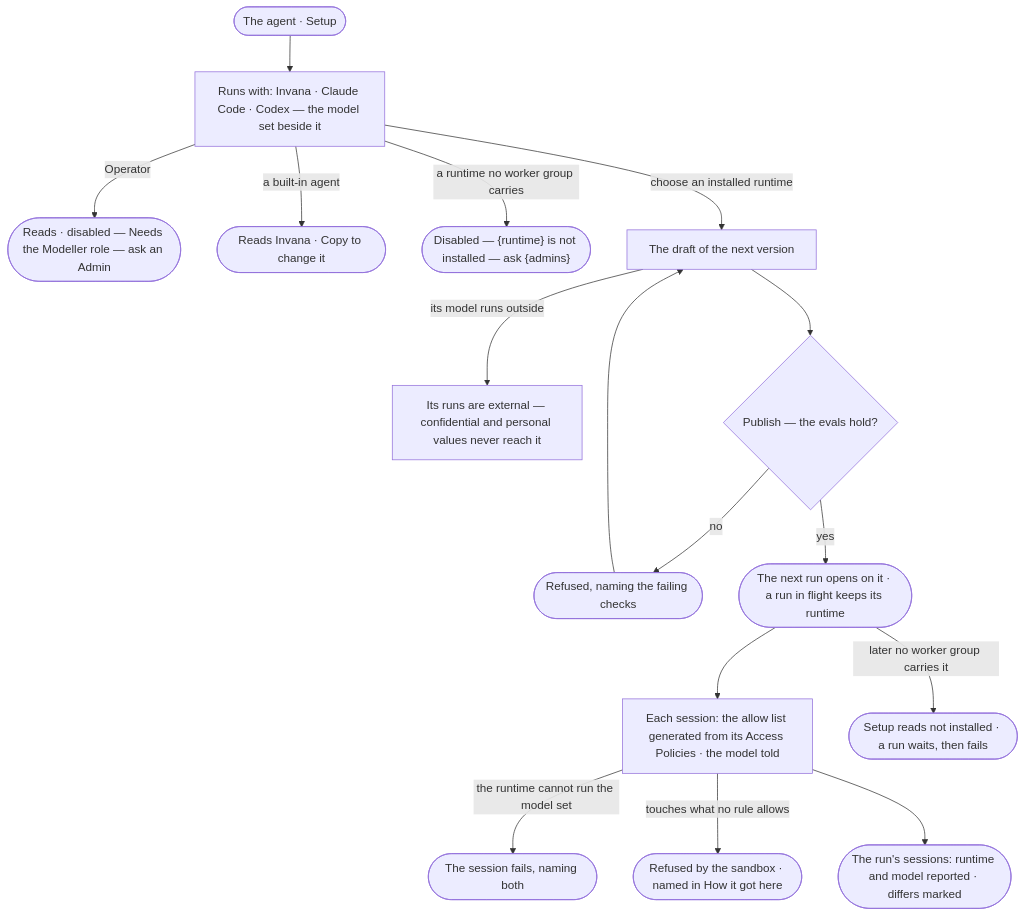
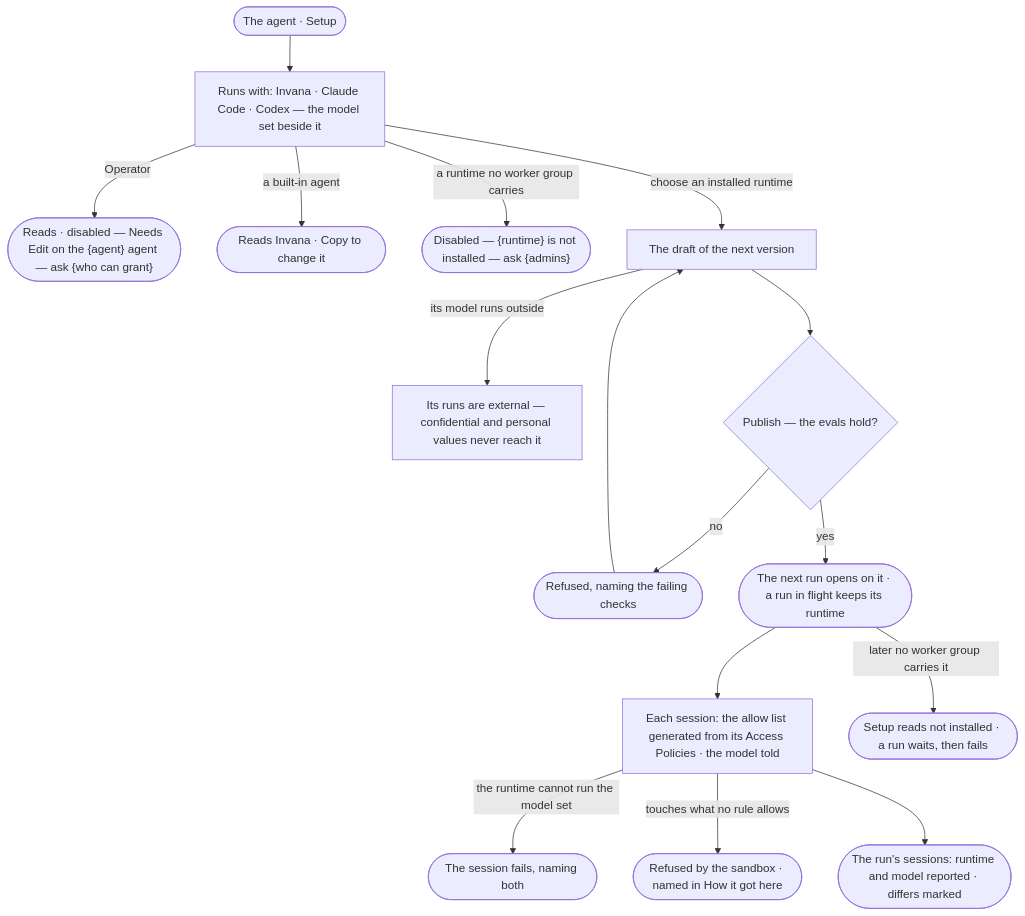
Before and after one commit to invana/invana: the diagram in specs/capabilities/agents/features/AG-F01-build-an-agent/stories/AG-61-choose-what-an-agent-runs-with/story.md, drawn with Mermaid. The commit also changed other lines of this file and 456 other files, not shown here.

````diff
--- a/specs/capabilities/agents/features/AG-F01-build-an-agent/stories/AG-61-choose-what-an-agent-runs-with/story.md
+++ b/specs/capabilities/agents/features/AG-F01-build-an-agent/stories/AG-61-choose-what-an-agent-runs-with/story.md
@@ -31,17 +30,17 @@
 ```mermaid
 flowchart TD
   a([The agent · Setup]) --> rw["Runs with: Invana · Claude Code · Codex — the model set beside it"]
-  rw -->|Operator| ro(["Reads · disabled — Needs the Modeller role — ask an Admin"])
+  rw -->|Operator| ro(["Reads · disabled — Needs Edit on the {agent} agent — ask {who can grant}"])
   rw -->|a built-in agent| bi(["Reads Invana · Copy to change it"])
   rw -->|a runtime no worker group carries| nx(["Disabled — {runtime} is not installed — ask {admins}"])
   rw -->|choose an installed runtime| d["The draft of the next version"]
   d -->|its model runs outside| ext["Its runs are external — confidential and personal values never reach it"]
   d --> pub{"Publish — the evals hold?"}
   pub -->|no| px(["Refused, naming the failing checks"]) --> d
   pub -->|yes| live(["The next run opens on it · a run in flight keeps its runtime"])
   live --> ses["Each session: the allow list generated from its Access Policies · the model told"]
   ses -->|the runtime cannot run the model set| sf(["The session fails, naming both"])
   ses -->|touches what no rule allows| sb(["Refused by the sandbox · named in How it got here"])
   ses --> rep(["The run's sessions: runtime and model reported · differs marked"])
   live -->|later no worker group carries it| nl(["Setup reads not installed · a run waits, then fails"])
 ```
````
